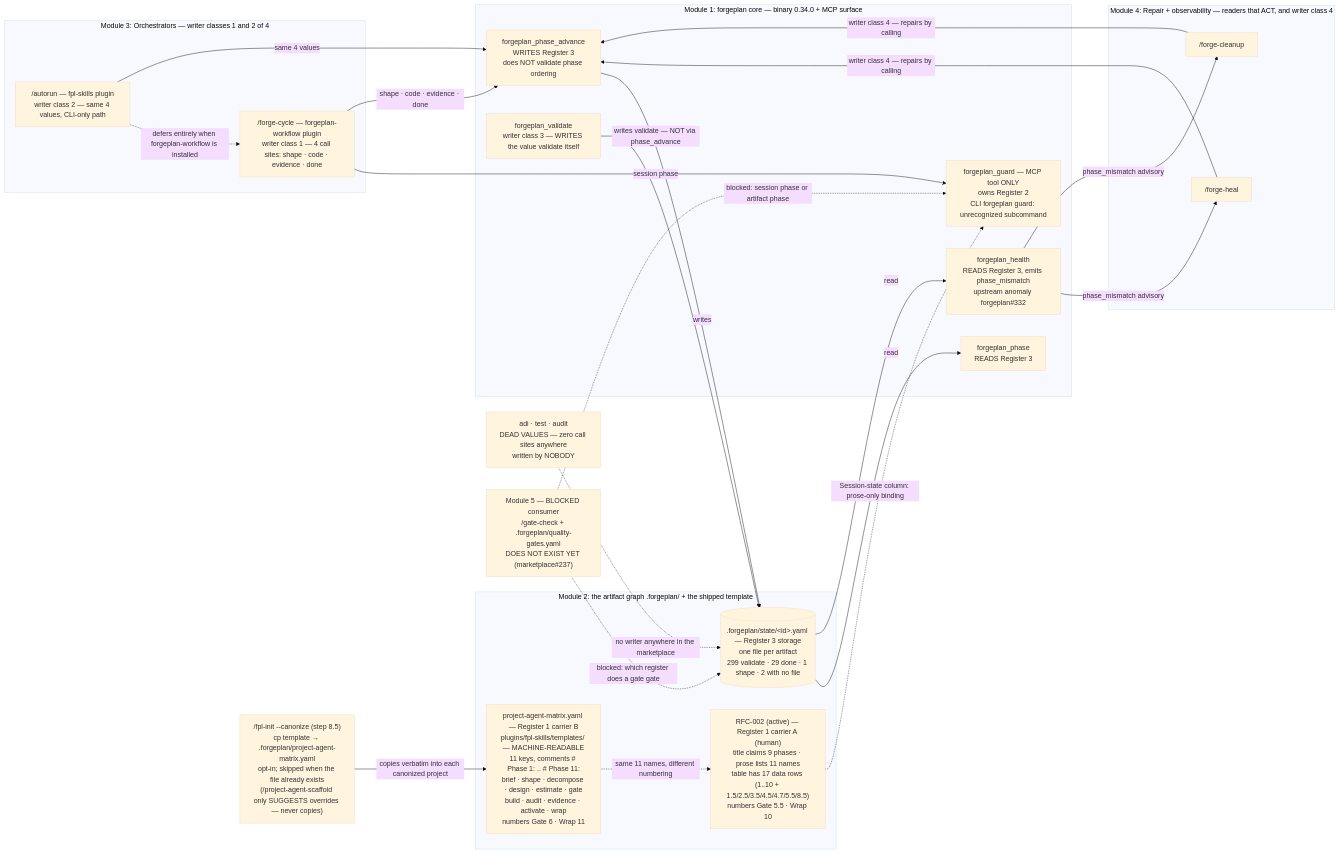
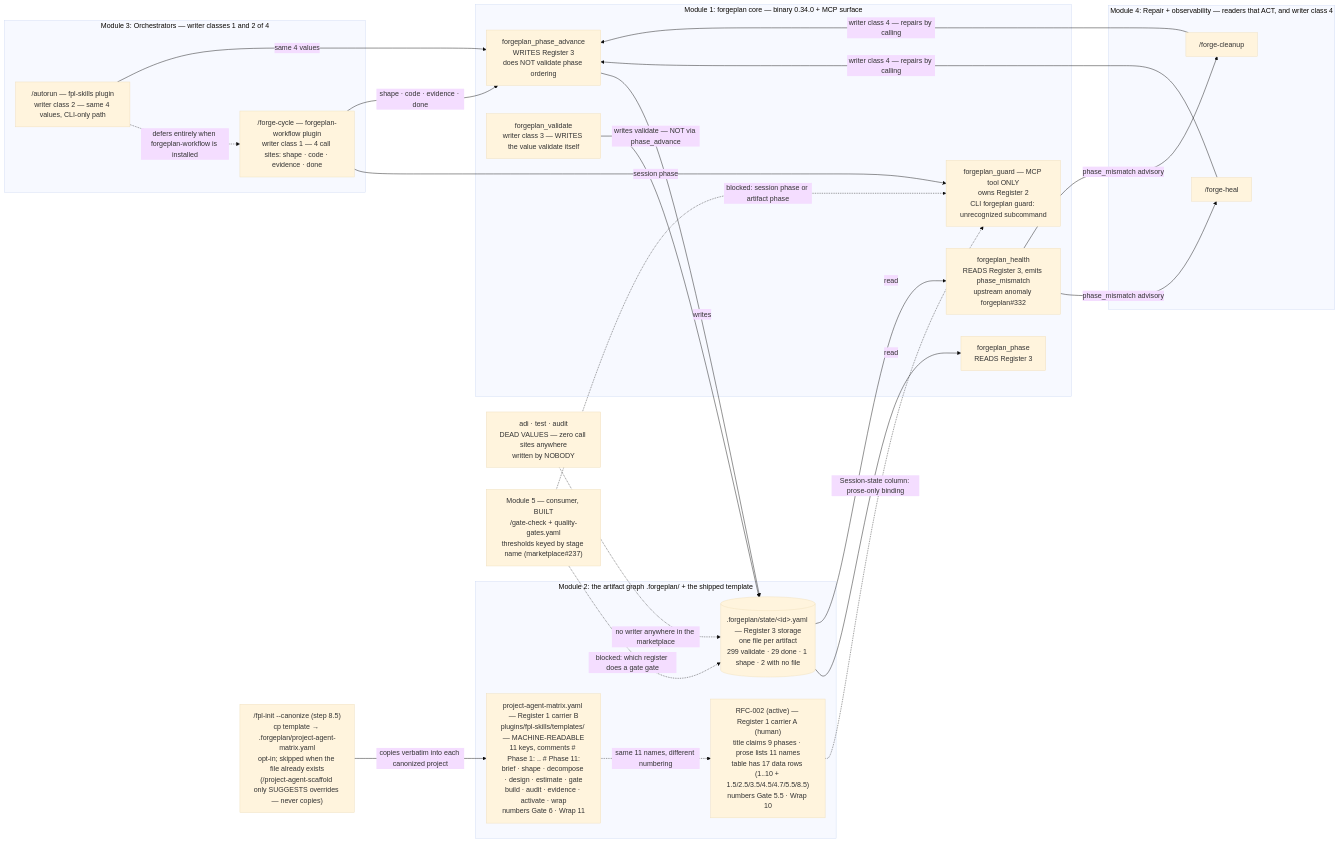
Before and after one commit to ForgePlan/marketplace: the second of 2 diagrams in docs/c4/ADR-022.md, drawn with Mermaid (base theme). The commit also changed other lines of this file and 14 other files, not shown here.

````diff
--- a/docs/c4/ADR-022.md
+++ b/docs/c4/ADR-022.md
@@ -47,49 +47,49 @@
 ```mermaid
 graph LR
     subgraph core["Module 1: forgeplan core — binary 0.34.0 + MCP surface"]
         guard["forgeplan_guard — MCP tool ONLY<br/>owns Register 2<br/>CLI forgeplan guard: unrecognized subcommand"]
         phaseRead["forgeplan_phase<br/>READS Register 3"]
         phaseWrite["forgeplan_phase_advance<br/>WRITES Register 3<br/>does NOT validate phase ordering"]
         validateTool["forgeplan_validate<br/>writer class 3 — WRITES the value validate itself"]
         health["forgeplan_health<br/>READS Register 3, emits phase_mismatch<br/>upstream anomaly forgeplan#332"]
     end
 
     subgraph graphmod["Module 2: the artifact graph .forgeplan/ + the shipped template"]
         rfc["RFC-002 (active) — Register 1 carrier A (human)<br/>title claims 9 phases · prose lists 11 names<br/>table has 17 data rows (1..10 + 1.5/2.5/3.5/4.5/4.7/5.5/8.5)<br/>numbers Gate 5.5 · Wrap 10"]
         matrix["project-agent-matrix.yaml — Register 1 carrier B<br/>plugins/fpl-skills/templates/ — MACHINE-READABLE<br/>11 keys, comments # Phase 1: .. # Phase 11:<br/>brief · shape · decompose · design · estimate · gate<br/>build · audit · evidence · activate · wrap<br/>numbers Gate 6 · Wrap 11"]
         stateFile[(".forgeplan/state/&lt;id&gt;.yaml — Register 3 storage<br/>one file per artifact<br/>299 validate · 29 done · 1 shape · 2 with no file")]
     end
 
     subgraph orch["Module 3: Orchestrators — writer classes 1 and 2 of 4"]
         cycle["/forge-cycle — forgeplan-workflow plugin<br/>writer class 1 — 4 call sites: shape · code · evidence · done"]
         autorun["/autorun — fpl-skills plugin<br/>writer class 2 — same 4 values, CLI-only path"]
     end
 
     subgraph repair["Module 4: Repair + observability — readers that ACT, and writer class 4"]
         heal["/forge-heal"]
         cleanup["/forge-cleanup"]
     end
 
     scaffold["/fpl-init --canonize (step 8.5)<br/>cp template → .forgeplan/project-agent-matrix.yaml<br/>opt-in; skipped when the file already exists<br/>(/project-agent-scaffold only SUGGESTS overrides — never copies)"]
     dead["adi · test · audit<br/>DEAD VALUES — zero call sites anywhere<br/>written by NOBODY"]
-    gatecheck["Module 5 — BLOCKED consumer<br/>/gate-check + .forgeplan/quality-gates.yaml<br/>DOES NOT EXIST YET (marketplace#237)"]
+    gatecheck["Module 5 — consumer, BUILT<br/>/gate-check + quality-gates.yaml<br/>thresholds keyed by stage name (marketplace#237)"]
 
     rfc -.->|Session-state column: prose-only binding| guard
     matrix -.->|same 11 names, different numbering| rfc
     scaffold -->|copies verbatim into each canonized project| matrix
     cycle -->|session phase| guard
     autorun -.->|defers entirely when forgeplan-workflow is installed| cycle
     cycle -->|shape · code · evidence · done| phaseWrite
     autorun -->|same 4 values| phaseWrite
     phaseWrite -->|writes| stateFile
     validateTool -->|writes validate — NOT via phase_advance| stateFile
     stateFile -->|read| phaseRead
     stateFile -->|read| health
     health -->|phase_mismatch advisory| heal
     health -->|phase_mismatch advisory| cleanup
     heal -->|writer class 4 — repairs by calling| phaseWrite
     cleanup -->|writer class 4 — repairs by calling| phaseWrite
     dead -.->|no writer anywhere in the marketplace| stateFile
     gatecheck -.->|blocked: which register does a gate gate| stateFile
     gatecheck -.->|blocked: session phase or artifact phase| guard
 ```
````
